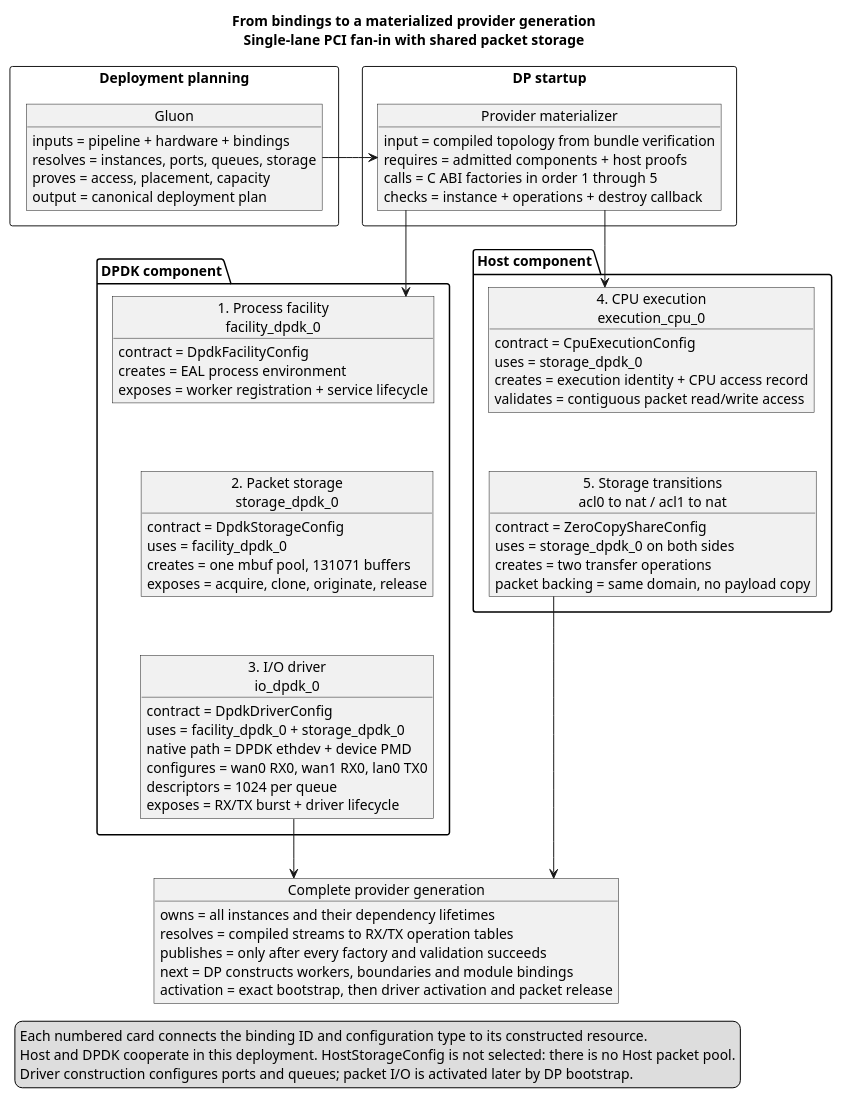
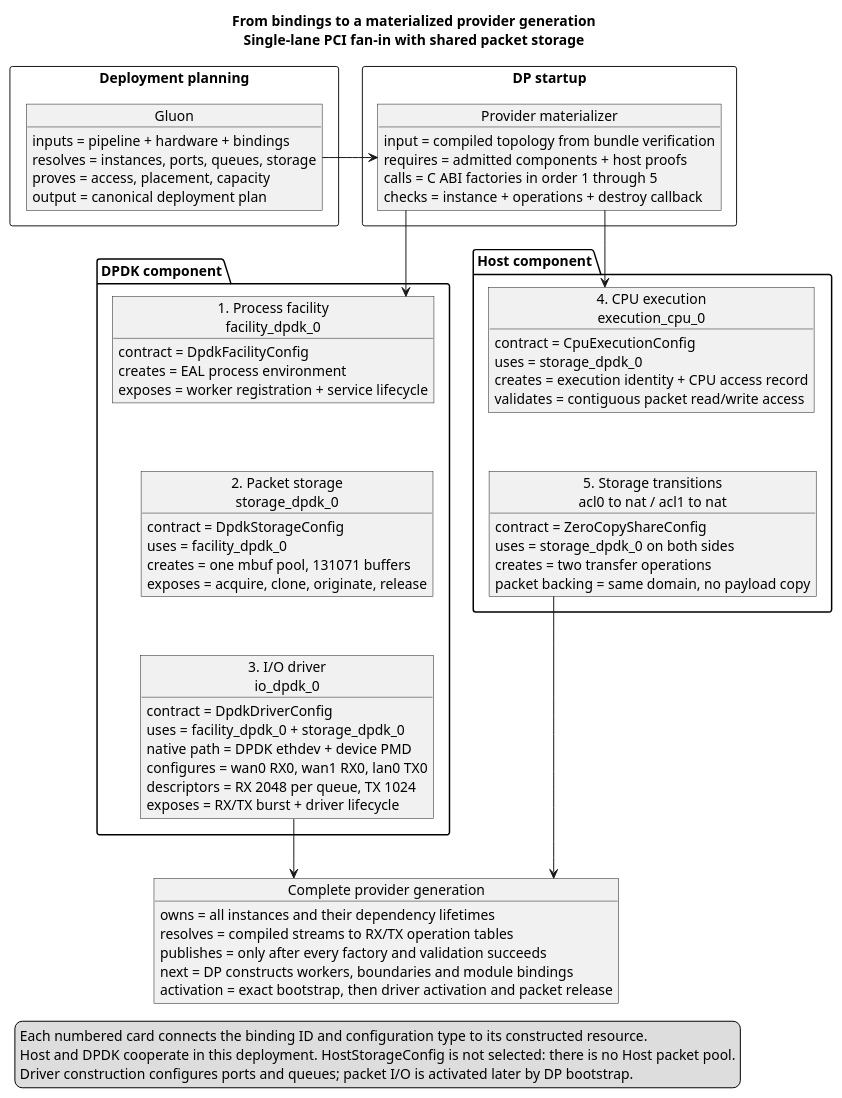
Before and after one commit to flemingpatel/kinetum: the fifth of 30 diagrams in docs/diagrams/platform_architecture.md, drawn with PlantUML. The commit also changed other lines of this file and 17 other files, not shown here.

```diff
--- a/docs/diagrams/platform_architecture.md
+++ b/docs/diagrams/platform_architecture.md
@@ -505,7 +505,7 @@
         uses = facility_dpdk_0 + storage_dpdk_0
         native path = DPDK ethdev + device PMD
         configures = wan0 RX0, wan1 RX0, lan0 TX0
-        descriptors = 1024 per queue
+        descriptors = RX 2048 per queue, TX 1024
         exposes = RX/TX burst + driver lifecycle
     }
     FACILITY -[hidden]down-> STORAGE
```
